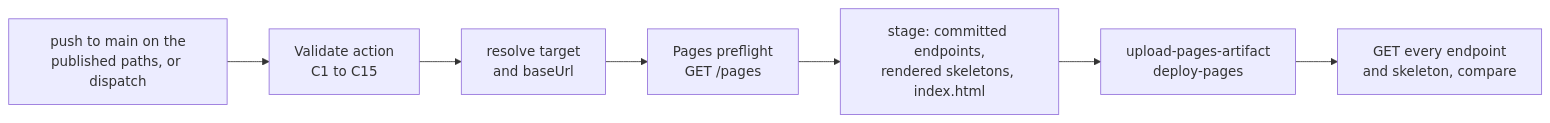
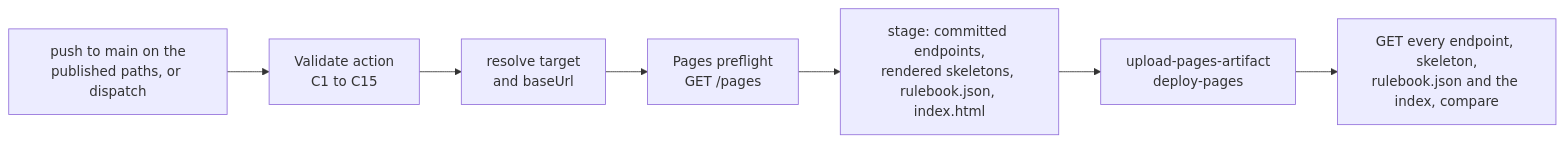
One commit to ALCops/rulebook-engine changed the third of 6 diagrams in docs/ARCHITECTURE.md. Above: the diagram before and after it, drawn with Mermaid. The commit also changed other lines of this file and 22 other files, not shown here.

First line of the commit message:
WP06: AL project skeletons, the init script, rulebook.json and the C11 README exemption (#60)

````diff
--- a/docs/ARCHITECTURE.md
+++ b/docs/ARCHITECTURE.md
@@ -330,9 +361,9 @@
 ```mermaid
 flowchart LR
     push[push to main on the<br/>published paths, or dispatch] --> val[Validate action<br/>C1 to C15]
     val --> res[resolve target<br/>and baseUrl]
     res --> pre[Pages preflight<br/>GET /pages]
-    pre --> stage[stage: committed endpoints,<br/>rendered skeletons, index.html]
+    pre --> stage[stage: committed endpoints,<br/>rendered skeletons, rulebook.json, index.html]
     stage --> dep[upload-pages-artifact<br/>deploy-pages]
-    dep --> chk[GET every endpoint<br/>and skeleton, compare]
+    dep --> chk[GET every endpoint, skeleton,<br/>rulebook.json and the index, compare]
 ```
````
